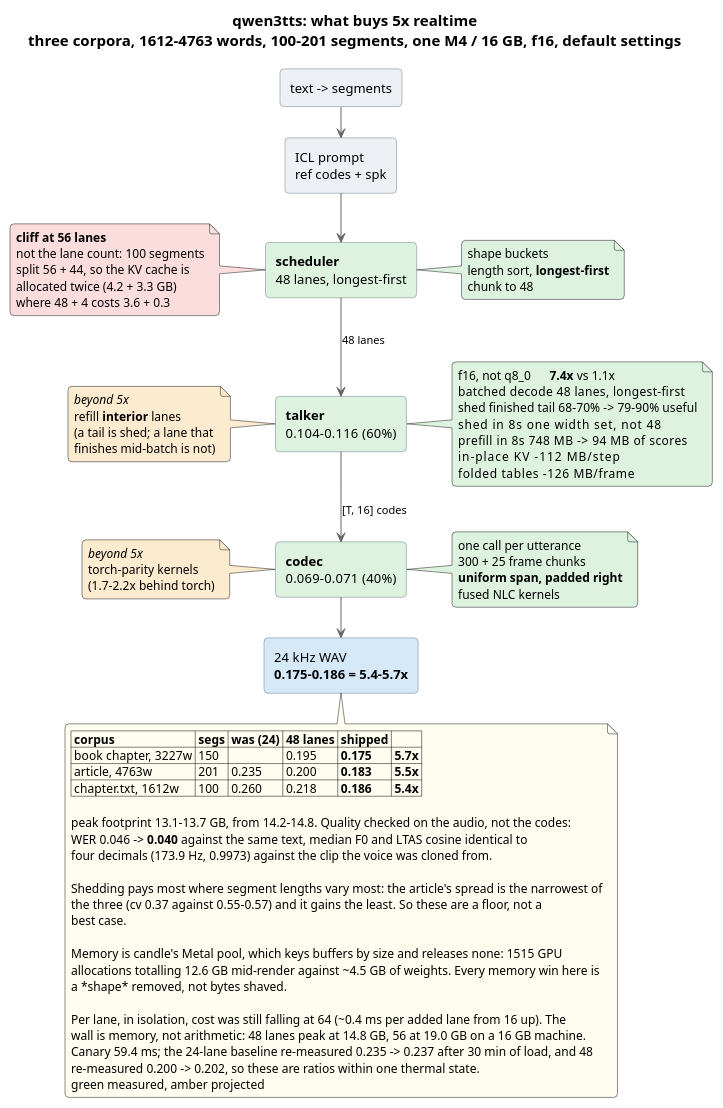
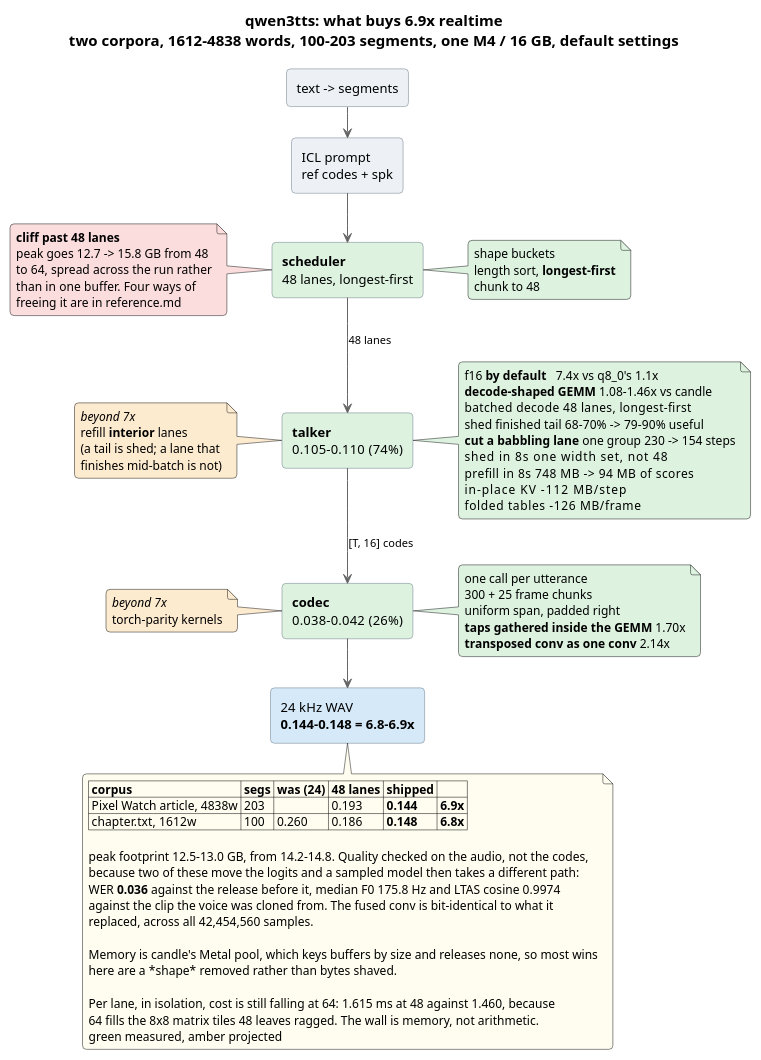
The diagram in docs/qwen3tts-speedup.puml (drmhse/dream-tts), drawn with PlantUML before and after one commit. The commit also changed 6 other files, not shown here.

```diff
--- a/docs/qwen3tts-speedup.puml
+++ b/docs/qwen3tts-speedup.puml
@@ -1,102 +1,98 @@
 @startuml qwen3tts-speedup
-title <b>qwen3tts: what buys 5x realtime</b>\nthree corpora, 1612-4763 words, 100-201 segments, one M4 / 16 GB, f16, default settings
+title <b>qwen3tts: what buys 6.9x realtime</b>\ntwo corpora, 1612-4838 words, 100-203 segments, one M4 / 16 GB, default settings
 
 skinparam backgroundColor #FFFFFF
 skinparam shadowing false
 skinparam defaultFontName Helvetica
 skinparam defaultFontSize 13
 skinparam titleFontSize 15
 skinparam roundCorner 8
 skinparam nodesep 45
 skinparam ranksep 30
 skinparam ArrowColor #666666
 skinparam ArrowFontSize 11
 skinparam rectangle {
   BorderColor #6B7A88
   BackgroundColor #EDF1F5
 }
 skinparam noteFontSize 12
 
 rectangle "text -> segments" as SEG
 rectangle "ICL prompt\nref codes + spk" as PROMPT
 rectangle "**scheduler**\n48 lanes, longest-first" as SCHED #DDF3E0
-rectangle "**talker**\n0.104-0.116  (60%)" as TALKER #DDF3E0
-rectangle "**codec**\n0.069-0.071  (40%)" as CODEC #DDF3E0
-rectangle "24 kHz WAV\n**0.175-0.186 = 5.4-5.7x**" as WAV #D6E9F8
+rectangle "**talker**\n0.105-0.110  (74%)" as TALKER #DDF3E0
+rectangle "**codec**\n0.038-0.042  (26%)" as CODEC #DDF3E0
+rectangle "24 kHz WAV\n**0.144-0.148 = 6.8-6.9x**" as WAV #D6E9F8
 
 SEG --> PROMPT
 PROMPT --> SCHED
 SCHED --> TALKER : "48 lanes"
 TALKER --> CODEC : "[T, 16] codes"
 CODEC --> WAV
 
 note right of SCHED #DDF3E0
   shape buckets
   length sort, <b>longest-first</b>
   chunk to 48
 end note
 
 note right of TALKER #DDF3E0
-  f16, not q8_0      <b>7.4x</b> vs 1.1x
+  f16 <b>by default</b>   7.4x vs q8_0's 1.1x
+  <b>decode-shaped GEMM</b> 1.08-1.46x vs candle
   batched decode     48 lanes, longest-first
   shed finished tail  68-70% -> 79-90% useful
+  <b>cut a babbling lane</b> one group 230 -> 154 steps
   shed in 8s         one width set, not 48
   prefill in 8s      748 MB -> 94 MB of scores
   in-place KV        -112 MB/step
   folded tables      -126 MB/frame
 end note
 
 note right of CODEC #DDF3E0
   one call per utterance
   300 + 25 frame chunks
-  <b>uniform span, padded right</b>
-  fused NLC kernels
+  uniform span, padded right
+  <b>taps gathered inside the GEMM</b> 1.70x
+  <b>transposed conv as one conv</b> 2.14x
 end note
 
 note left of SCHED #FBDDDD
-  <b>cliff at 56 lanes</b>
-  not the lane count: 100 segments
-  split 56 + 44, so the KV cache is
-  allocated twice (4.2 + 3.3 GB)
-  where 48 + 4 costs 3.6 + 0.3
+  <b>cliff past 48 lanes</b>
+  peak goes 12.7 -> 15.8 GB from 48
+  to 64, spread across the run rather
+  than in one buffer. Four ways of
+  freeing it are in reference.md
 end note
 
 note left of TALKER #FDEBD0
-  <i>beyond 5x</i>
+  <i>beyond 7x</i>
   refill <b>interior</b> lanes
   (a tail is shed; a lane that
   finishes mid-batch is not)
 end note
 
 note left of CODEC #FDEBD0
-  <i>beyond 5x</i>
+  <i>beyond 7x</i>
   torch-parity kernels
-  (1.7-2.2x behind torch)
 end note
 
 note bottom of WAV #FFFDF0
   |= corpus |= segs |= was (24) |= 48 lanes |= <b>shipped</b> |= |
-  | book chapter, 3227w | 150 | | 0.195 | <b>0.175</b> | <b>5.7x</b> |
-  | article, 4763w | 201 | 0.235 | 0.200 | <b>0.183</b> | <b>5.5x</b> |
-  | chapter.txt, 1612w | 100 | 0.260 | 0.218 | <b>0.186</b> | <b>5.4x</b> |
+  | Pixel Watch article, 4838w | 203 | | 0.193 | <b>0.144</b> | <b>6.9x</b> |
+  | chapter.txt, 1612w | 100 | 0.260 | 0.186 | <b>0.148</b> | <b>6.8x</b> |
 
-  peak footprint 13.1-13.7 GB, from 14.2-14.8. Quality checked on the audio, not the codes:
-  WER 0.046 -> <b>0.040</b> against the same text, median F0 and LTAS cosine identical to
-  four decimals (173.9 Hz, 0.9973) against the clip the voice was cloned from.
+  peak footprint 12.5-13.0 GB, from 14.2-14.8. Quality checked on the audio, not the codes,
+  because two of these move the logits and a sampled model then takes a different path:
+  WER <b>0.036</b> against the release before it, median F0 175.8 Hz and LTAS cosine 0.9974
+  against the clip the voice was cloned from. The fused conv is bit-identical to what it
+  replaced, across all 42,454,560 samples.
 
-  Shedding pays most where segment lengths vary most: the article's spread is the narrowest of
-  the three (cv 0.37 against 0.55-0.57) and it gains the least. So these are a floor, not a
-  best case.
+  Memory is candle's Metal pool, which keys buffers by size and releases none, so most wins
+  here are a *shape* removed rather than bytes shaved.
 
-  Memory is candle's Metal pool, which keys buffers by size and releases none: 1515 GPU
-  allocations totalling 12.6 GB mid-render against ~4.5 GB of weights. Every memory win here is
-  a *shape* removed, not bytes shaved.
-
-  Per lane, in isolation, cost was still falling at 64 (~0.4 ms per added lane from 16 up). The
-  wall is memory, not arithmetic: 48 lanes peak at 14.8 GB, 56 at 19.0 GB on a 16 GB machine.
-  Canary 59.4 ms; the 24-lane baseline re-measured 0.235 -> 0.237 after 30 min of load, and 48
-  re-measured 0.200 -> 0.202, so these are ratios within one thermal state.
+  Per lane, in isolation, cost is still falling at 64: 1.615 ms at 48 against 1.460, because
+  64 fills the 8x8 matrix tiles 48 leaves ragged. The wall is memory, not arithmetic.
   green measured, amber projected
 end note
 
 @enduml
```
